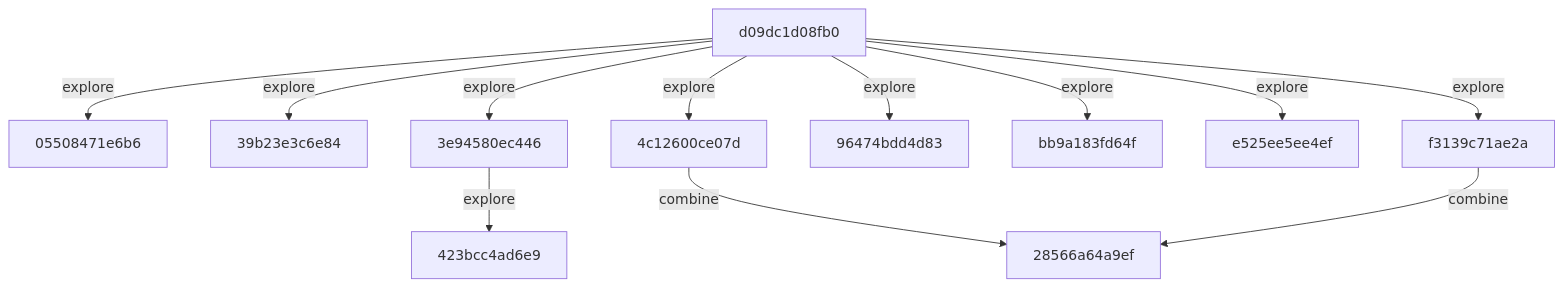
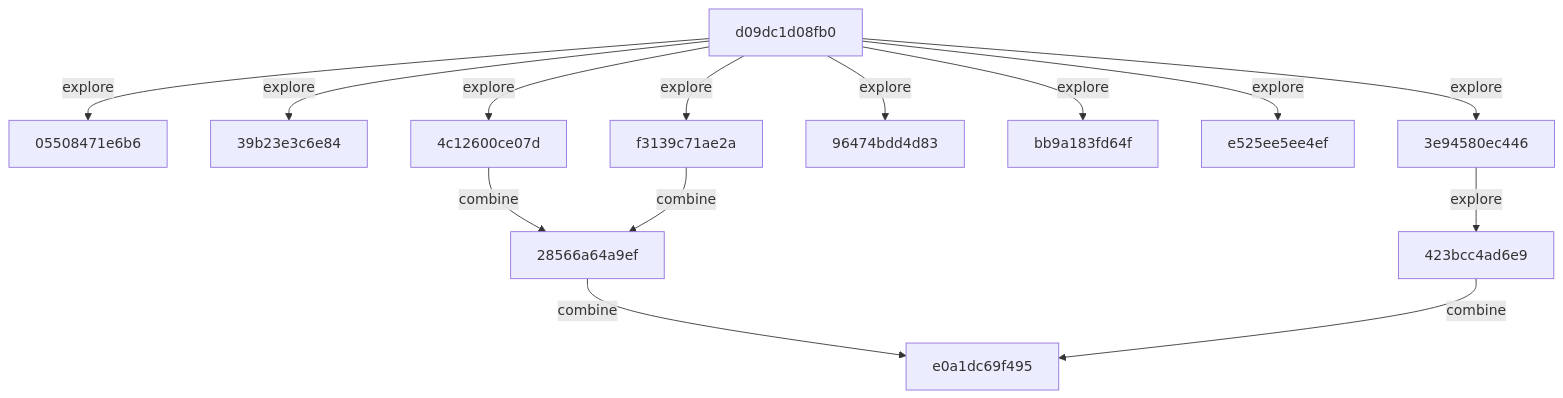
One commit to timbtz/feyer-search-lab changed the diagram in README.md. Above: the diagram before and after it, drawn with Mermaid. The commit also changed other lines of this file and 1 other file, not shown here.

Commit message:
research: timbtz

````diff
--- a/README.md
+++ b/README.md
@@ -23,25 +23,28 @@
 ```mermaid
 graph TD
   c0["05508471e6b6"]
   c1["28566a64a9ef"]
   c2["39b23e3c6e84"]
   c3["3e94580ec446"]
   c4["423bcc4ad6e9"]
   c5["4c12600ce07d"]
   c6["96474bdd4d83"]
   c7["bb9a183fd64f"]
   c8["d09dc1d08fb0"]
-  c9["e525ee5ee4ef"]
-  c10["f3139c71ae2a"]
+  c9["e0a1dc69f495"]
+  c10["e525ee5ee4ef"]
+  c11["f3139c71ae2a"]
+  c1 -->|combine| c9
   c3 -->|explore| c4
+  c4 -->|combine| c9
   c5 -->|combine| c1
   c8 -->|explore| c0
   c8 -->|explore| c2
   c8 -->|explore| c3
   c8 -->|explore| c5
   c8 -->|explore| c6
   c8 -->|explore| c7
-  c8 -->|explore| c9
   c8 -->|explore| c10
-  c10 -->|combine| c1
+  c8 -->|explore| c11
+  c11 -->|combine| c1
 ```
````
